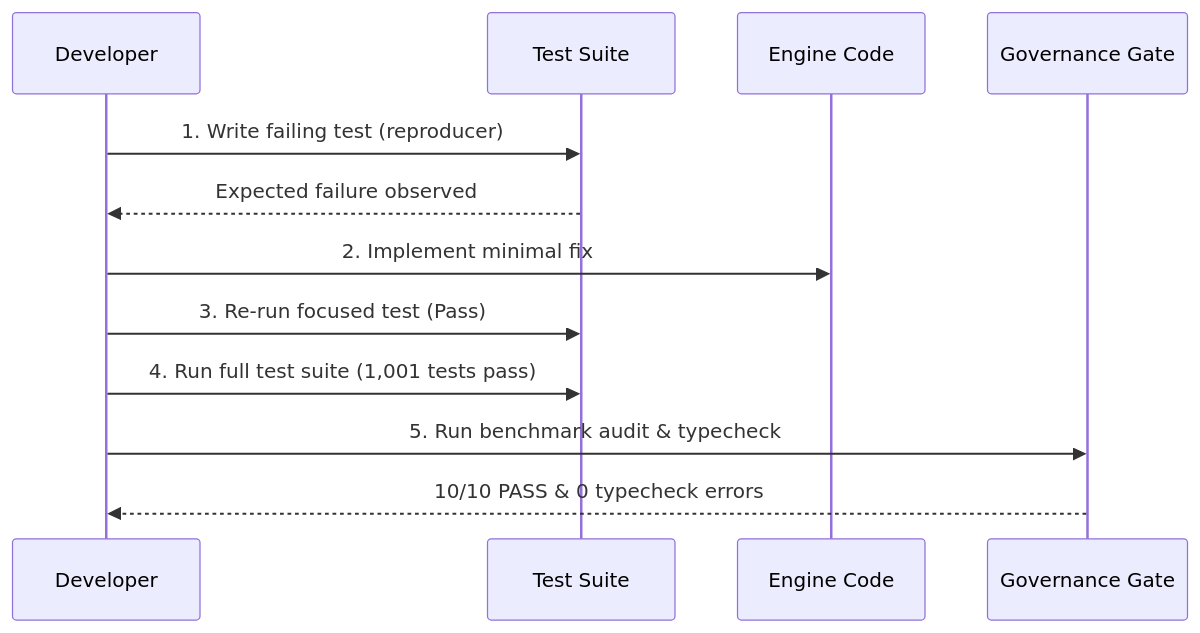
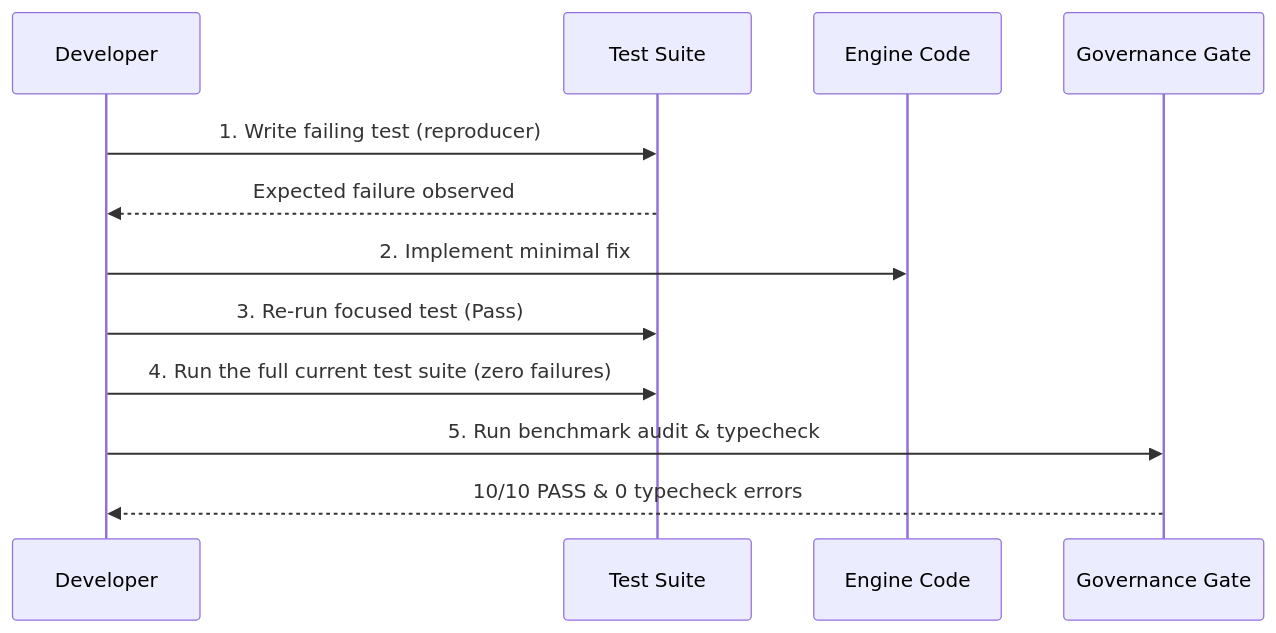
One commit to raitaskeen/LegacyExodus changed the diagram in docs/development/local-development.md. Above: the diagram before and after it, drawn with Mermaid. The commit also changed 33 other files, not shown here.

````diff
--- a/docs/development/local-development.md
+++ b/docs/development/local-development.md
@@ -64,15 +64,15 @@
 ```mermaid
 sequenceDiagram
     participant Dev as Developer
     participant Test as Test Suite
     participant Engine as Engine Code
     participant Gov as Governance Gate
 
     Dev->>Test: 1. Write failing test (reproducer)
     Test-->>Dev: Expected failure observed
     Dev->>Engine: 2. Implement minimal fix
     Dev->>Test: 3. Re-run focused test (Pass)
-    Dev->>Test: 4. Run full test suite (1,001 tests pass)
+    Dev->>Test: 4. Run the full current test suite (zero failures)
     Dev->>Gov: 5. Run benchmark audit & typecheck
     Gov-->>Dev: 10/10 PASS & 0 typecheck errors
 ```
````
